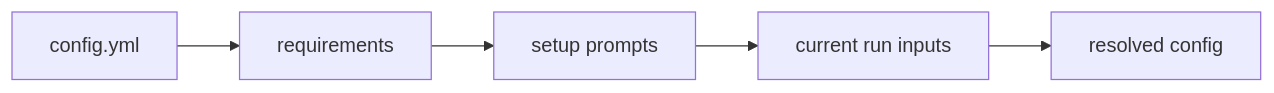
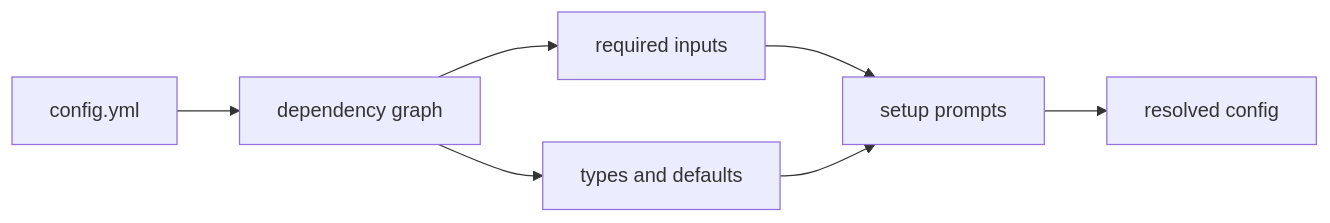
The diagram in site/content/guides/setup-wizard.mdx (DavidWells/configorama), drawn with Mermaid before and after one commit. The commit also changed other lines of this file, not shown here.

Commit message:
docs: reframe setup wizard around dependency graph

````diff
--- a/site/content/guides/setup-wizard.mdx
+++ b/site/content/guides/setup-wizard.mdx
@@ -10,7 +12,9 @@
 ```mermaid
 graph LR
-  A[config.yml] --> B[requirements]
-  B --> C[setup prompts]
-  C --> D[current run inputs]
-  D --> E[resolved config]
+  A[config.yml] --> B[dependency graph]
+  B --> C[required inputs]
+  B --> D[types and defaults]
+  C --> E[setup prompts]
+  D --> E
+  E --> F[resolved config]
 ```
````
